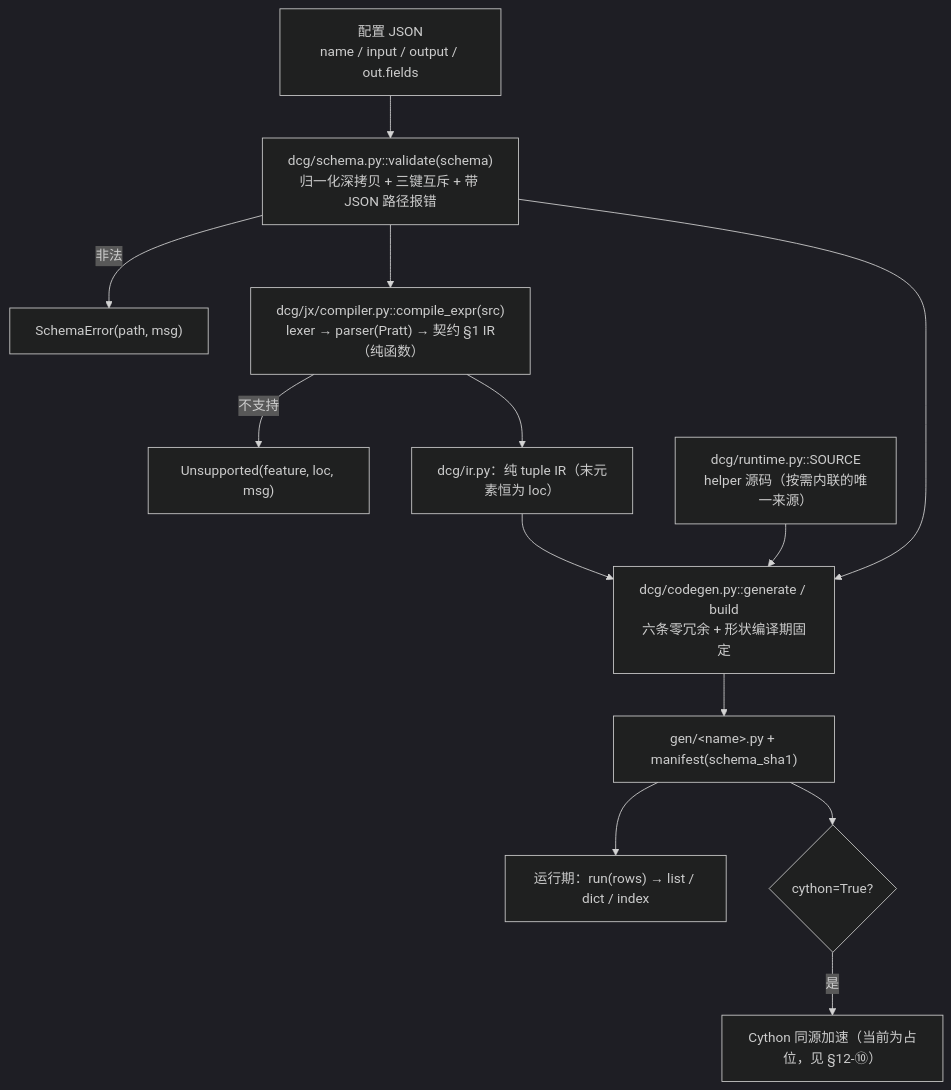
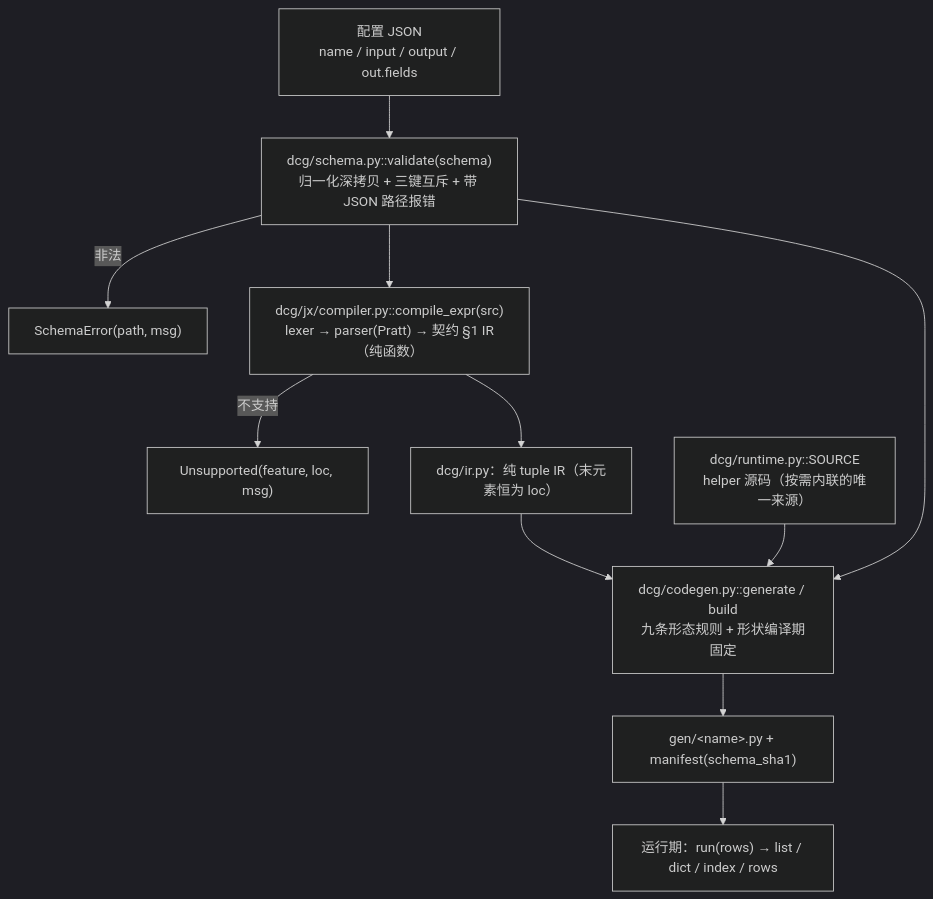
One commit to CL98K/DCG changed the diagram in DESIGN.md. Above: the diagram before and after it, drawn with Mermaid (dark theme). The commit also changed other lines of this file and 112 other files, not shown here.

````diff
--- a/DESIGN.md
+++ b/DESIGN.md
@@ -196,15 +151,13 @@
 ```mermaid
 flowchart TD
     CFG["配置 JSON<br/>name / input / output / out.fields"] --> VAL
     VAL["dcg/schema.py::validate(schema)<br/>归一化深拷贝 + 三键互斥 + 带 JSON 路径报错"] -->|非法| ERR["SchemaError(path, msg)"]
     VAL --> JX
     JX["dcg/jx/compiler.py::compile_expr(src)<br/>lexer → parser(Pratt) → 契约 §1 IR（纯函数）"] -->|不支持| UNSUP["Unsupported(feature, loc, msg)"]
     JX --> IR["dcg/ir.py：纯 tuple IR（末元素恒为 loc）"]
     VAL --> GEN
     IR --> GEN
     RT["dcg/runtime.py::SOURCE<br/>helper 源码（按需内联的唯一来源）"] --> GEN
-    GEN["dcg/codegen.py::generate / build<br/>六条零冗余 + 形状编译期固定"] --> OUT["gen/&lt;name&gt;.py + manifest(schema_sha1)"]
-    OUT --> RUN["运行期：run(rows) → list / dict / index"]
-    OUT --> CY{"cython=True?"}
-    CY -->|是| CYRUN["Cython 同源加速（当前为占位，见 §12-⑩）"]
+    GEN["dcg/codegen.py::generate / build<br/>九条形态规则 + 形状编译期固定"] --> OUT["gen/&lt;name&gt;.py + manifest(schema_sha1)"]
+    OUT --> RUN["运行期：run(rows) → list / dict / index / rows"]
 ```
````
